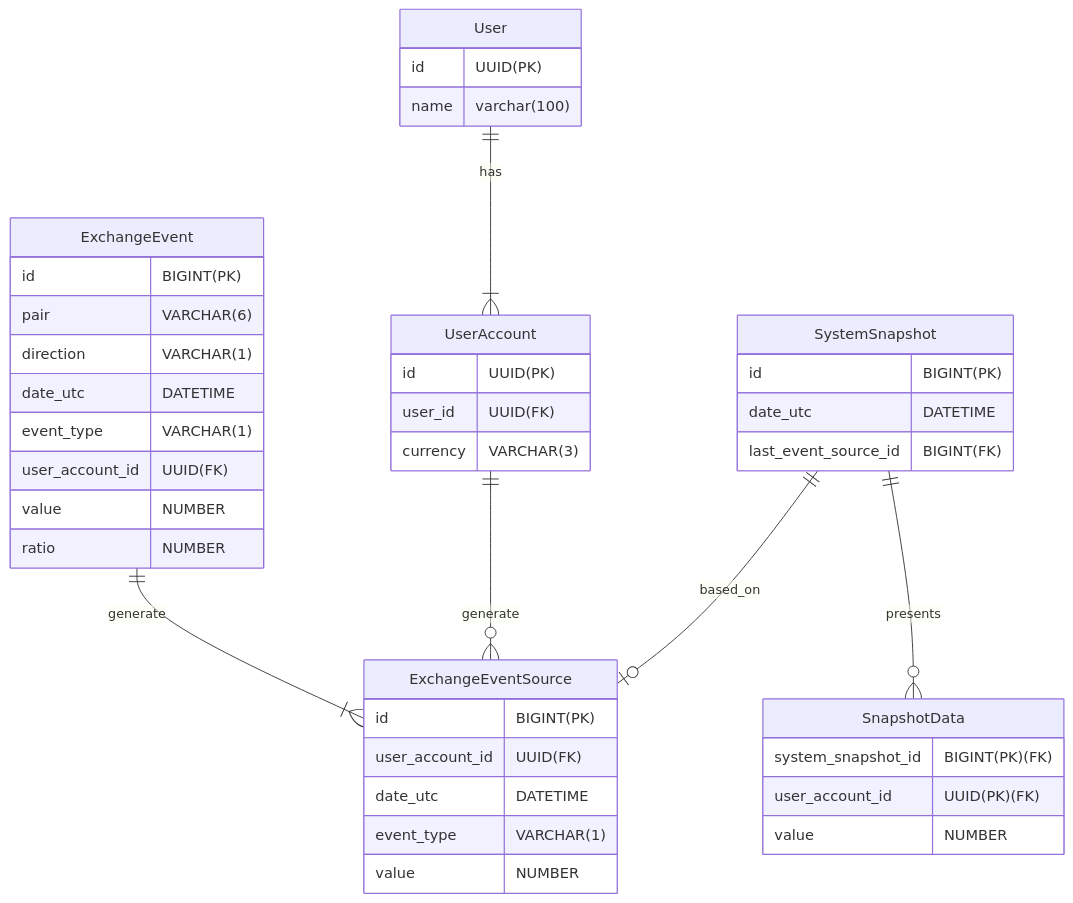
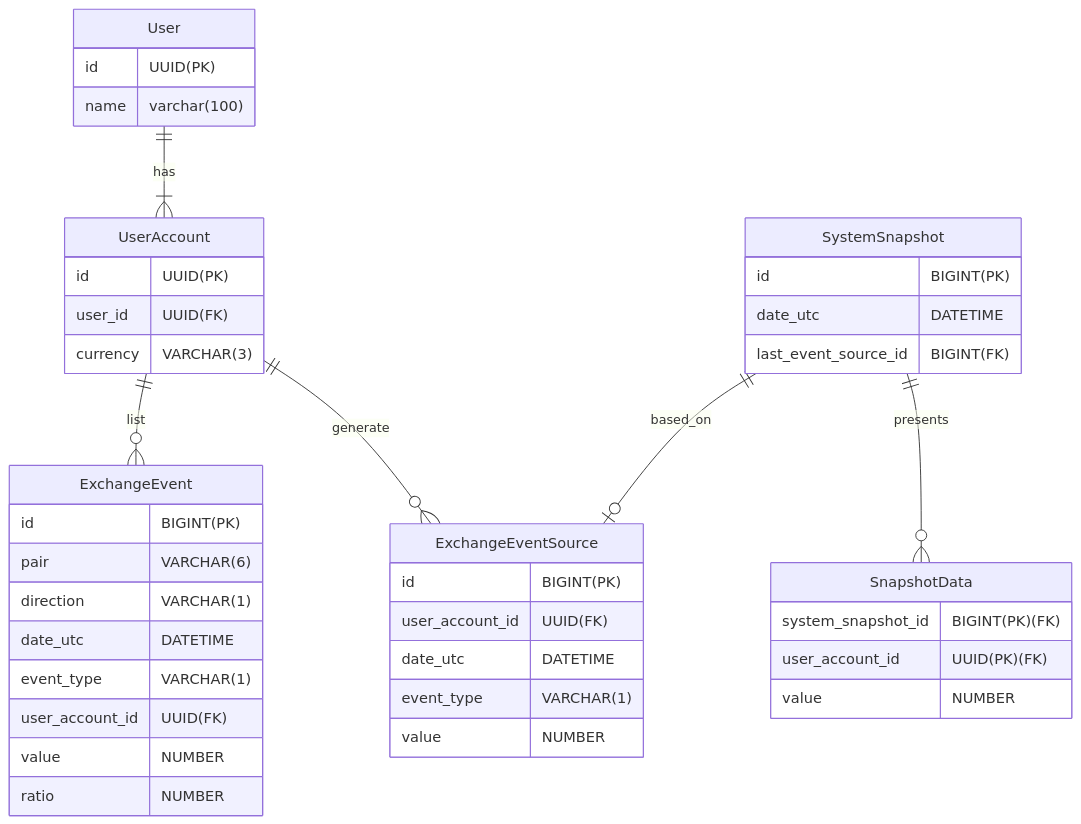
The diagram in docs/database.md (tomasz-franek/exchange-platform), drawn with Mermaid before and after one commit. The commit also changed 2 other files, not shown here.

````diff
--- a/docs/database.md
+++ b/docs/database.md
@@ -1,51 +1,51 @@
 ```mermaid
 erDiagram
     User {
         id UUID(PK)
         name varchar(100)
     }
 
     UserAccount {
         id UUID(PK)
         user_id UUID(FK)
         currency VARCHAR(3)
     }
 
     ExchangeEvent {
         id BIGINT(PK)
         pair VARCHAR(6)
         direction VARCHAR(1)
         date_utc DATETIME
         event_type VARCHAR(1)
         user_account_id UUID(FK)
         value NUMBER
         ratio NUMBER
     }
 
     ExchangeEventSource {
         id BIGINT(PK)
         user_account_id UUID(FK)
         date_utc DATETIME
         event_type VARCHAR(1)
         value NUMBER
     }
 
     SystemSnapshot {
         id BIGINT(PK)
         date_utc DATETIME
         last_event_source_id BIGINT(FK)
     }
 
     SnapshotData {
         system_snapshot_id BIGINT(PK)(FK)
         user_account_id UUID(PK)(FK)
         value NUMBER
     }
 
     User ||--|{ UserAccount: has
-    ExchangeEvent ||--|{ ExchangeEventSource: generate
+    UserAccount ||--o{ ExchangeEvent: list
     UserAccount ||--o{ ExchangeEventSource: generate
     SystemSnapshot ||--o| ExchangeEventSource: based_on
     SystemSnapshot ||--o{ SnapshotData: presents
 
 ```
````
